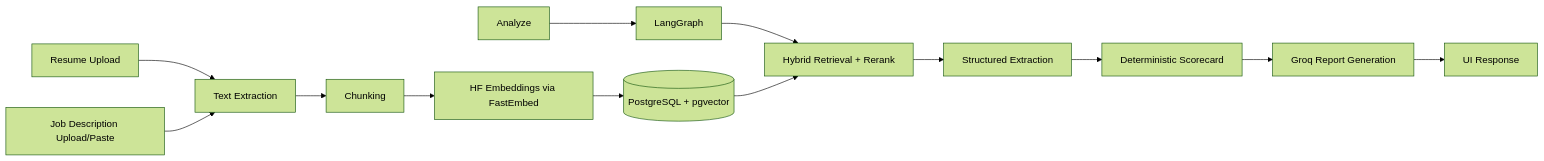
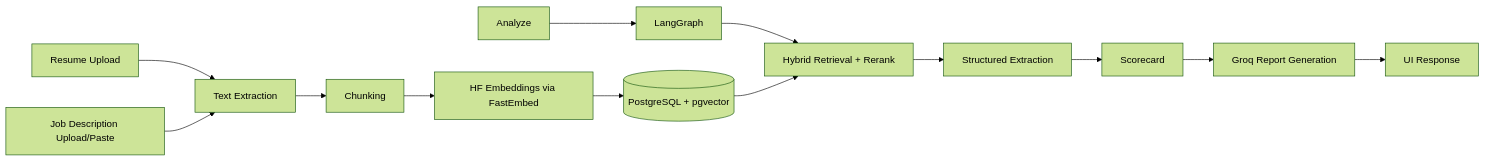
The diagram in README.md (ujjwalsingh108/career_intelligence_assistant), drawn with Mermaid (forest theme) before and after one commit. The commit also changed other lines of this file and 7 other files, not shown here.

````diff
--- a/README.md
+++ b/README.md
@@ -54,15 +55,15 @@
 ```mermaid
 flowchart LR
-		A[Resume Upload] --> B[Text Extraction]
-		C[Job Description Upload/Paste] --> B
-		B --> D[Chunking]
-		D --> E[HF Embeddings via FastEmbed]
-		E --> F[(PostgreSQL + pgvector)]
-		G[Analyze] --> H[LangGraph]
-		H --> I[Hybrid Retrieval + Rerank]
-		F --> I
-		I --> J[Structured Extraction]
-		J --> K[Deterministic Scorecard]
-		K --> L[Groq Report Generation]
-		L --> M[UI Response]
+        A[Resume Upload] --> B[Text Extraction]
+        C[Job Description Upload/Paste] --> B
+        B --> D[Chunking]
+        D --> E[HF Embeddings via FastEmbed]
+        E --> F[(PostgreSQL + pgvector)]
+        G[Analyze] --> H[LangGraph]
+        H --> I[Hybrid Retrieval + Rerank]
+        F --> I
+        I --> J[Structured Extraction]
+        J --> K[Scorecard]
+        K --> L[Groq Report Generation]
+        L --> M[UI Response]
 ```
````
